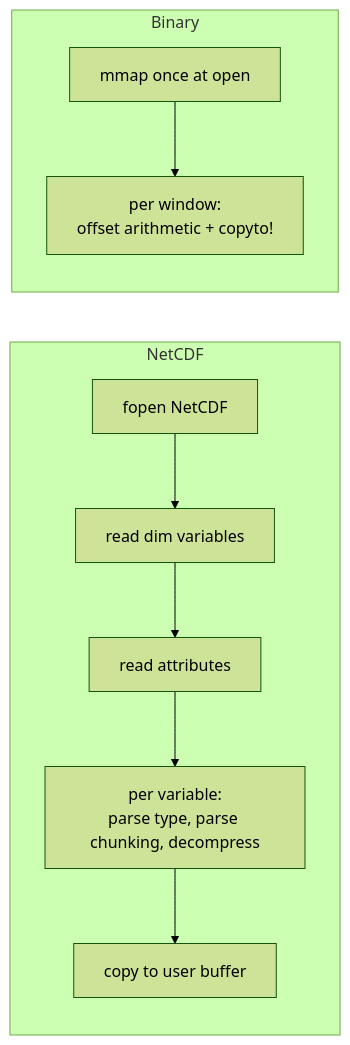
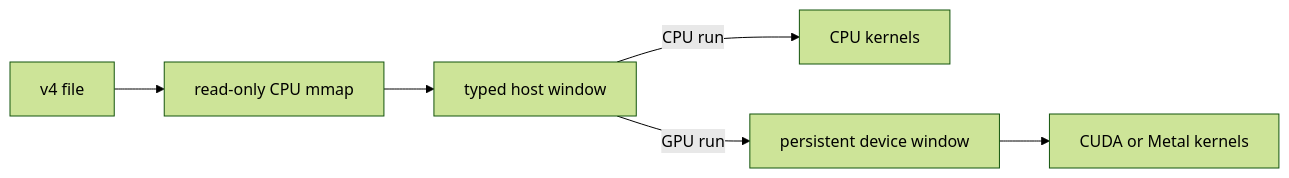
The second of 2 diagrams in docs/src/for_tm5_gchp_users/kernel_architecture.md (RemoteSensingTools/AtmosTransport), drawn with Mermaid (forest theme) before and after one commit. The commit also changed other lines of this file and 119 other files, not shown here.

Commit message:
docs: rebuild newcomer manual for current architecture

````diff
--- a/docs/src/for_tm5_gchp_users/kernel_architecture.md
+++ b/docs/src/for_tm5_gchp_users/kernel_architecture.md
@@ -151,12 +111,8 @@
 ```mermaid
 flowchart LR
-    subgraph NetCDF
-        N1[fopen NetCDF] --> N2[read dim variables]
-        N2 --> N3[read attributes]
-        N3 --> N4[per variable:<br/>parse type, parse chunking, decompress]
-        N4 --> N5[copy to user buffer]
-    end
-    subgraph Binary
-        B1[mmap once at open] --> B2[per window:<br/>offset arithmetic + copyto!]
-    end
+    F[v4 file] --> MM[read-only CPU mmap]
+    MM --> H[typed host window]
+    H -->|CPU run| C[CPU kernels]
+    H -->|GPU run| D[persistent device window]
+    D --> G[CUDA or Metal kernels]
 ```
````
